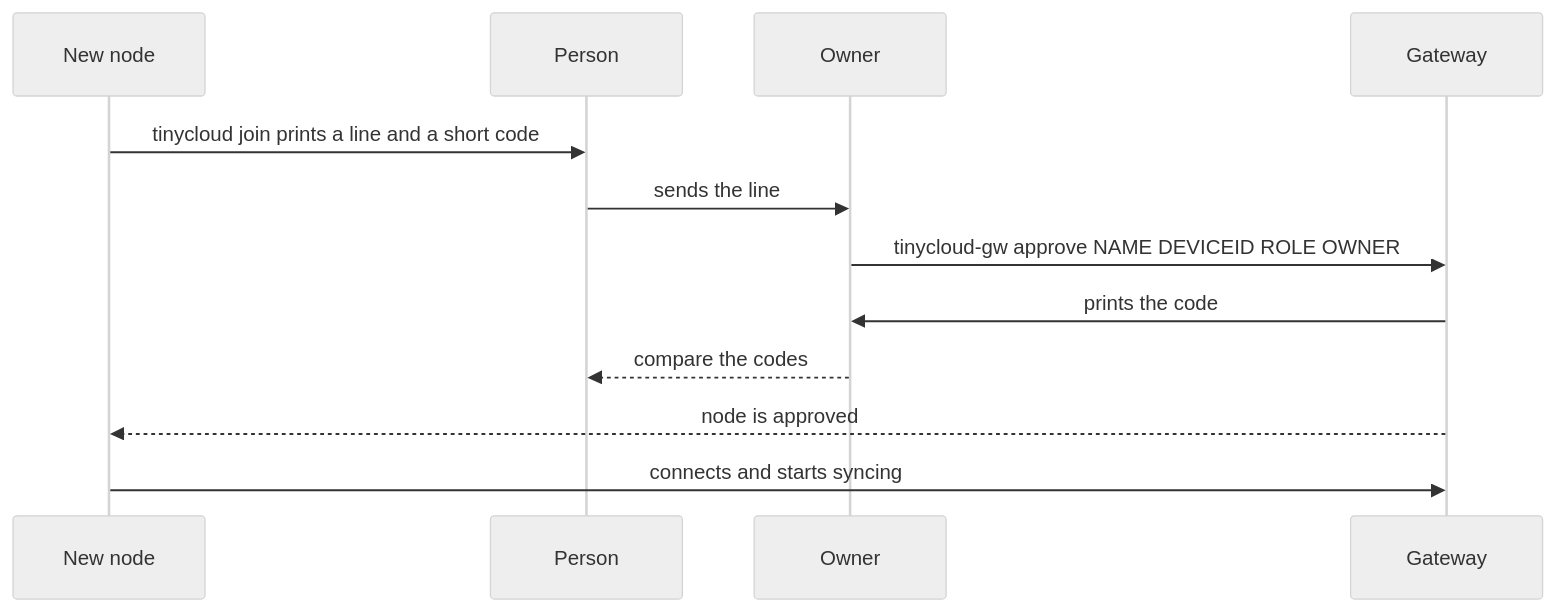
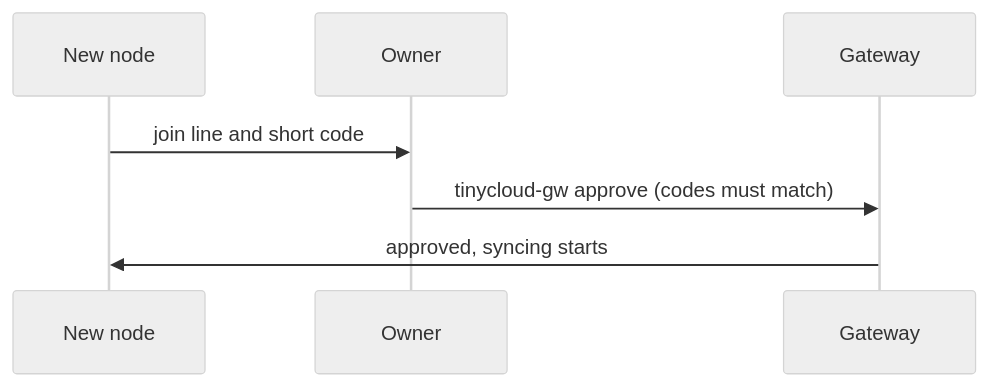
The second of 3 diagrams in docs/diagrams.md (JustinOros/tinycloud), drawn with Mermaid (neutral theme) before and after one commit.

Commit message:
simplify joining diagram

````diff
--- a/docs/diagrams.md
+++ b/docs/diagrams.md
@@ -24,14 +24,9 @@
 ```mermaid
 sequenceDiagram
     participant N as New node
-    participant P as Person
     participant O as Owner
     participant G as Gateway
-    N->>P: tinycloud join prints a line and a short code
-    P->>O: sends the line
-    O->>G: tinycloud-gw approve NAME DEVICEID ROLE OWNER
-    G->>O: prints the code
-    O-->>P: compare the codes
-    G-->>N: node is approved
-    N->>G: connects and starts syncing
+    N->>O: join line and short code
+    O->>G: tinycloud-gw approve (codes must match)
+    G->>N: approved, syncing starts
 ```
````
